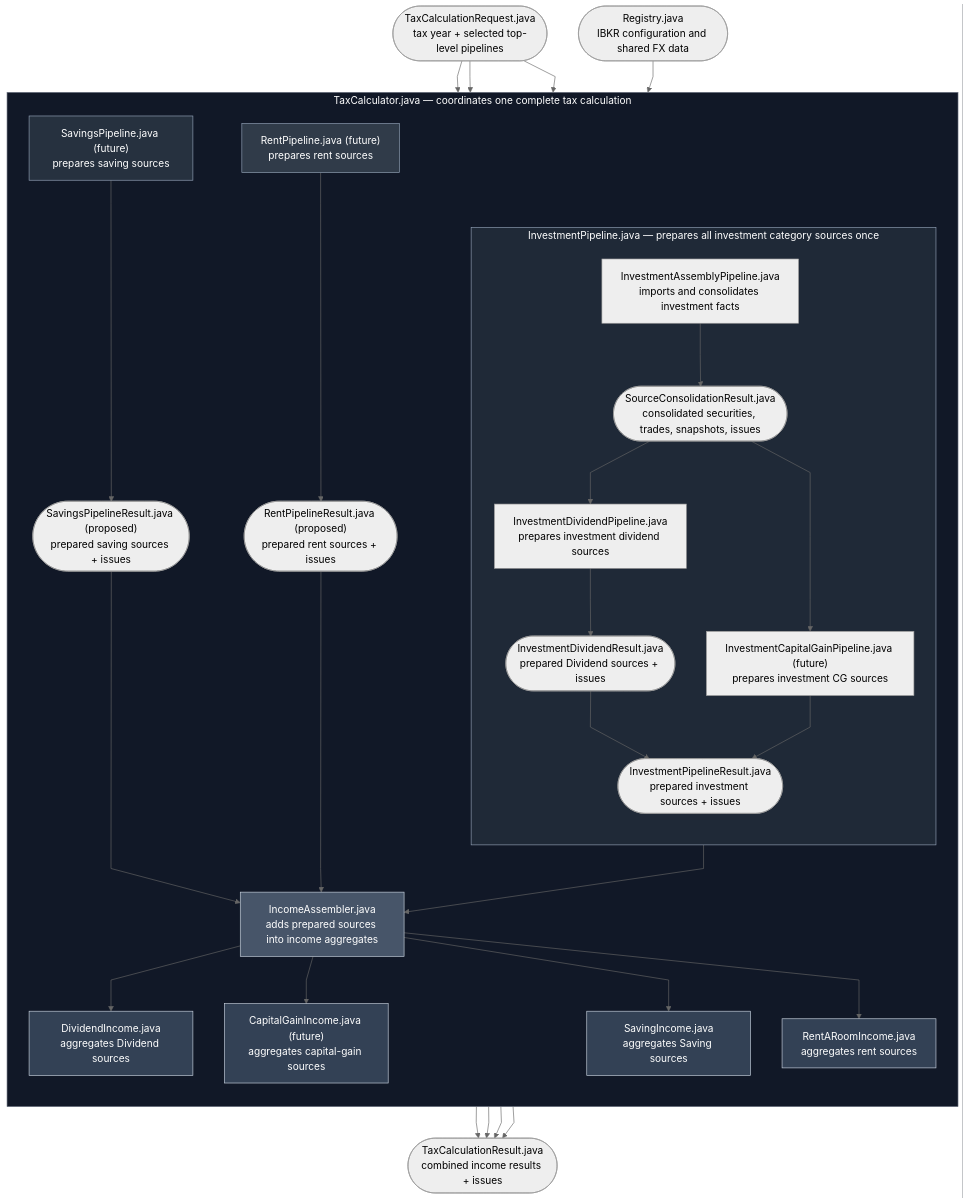
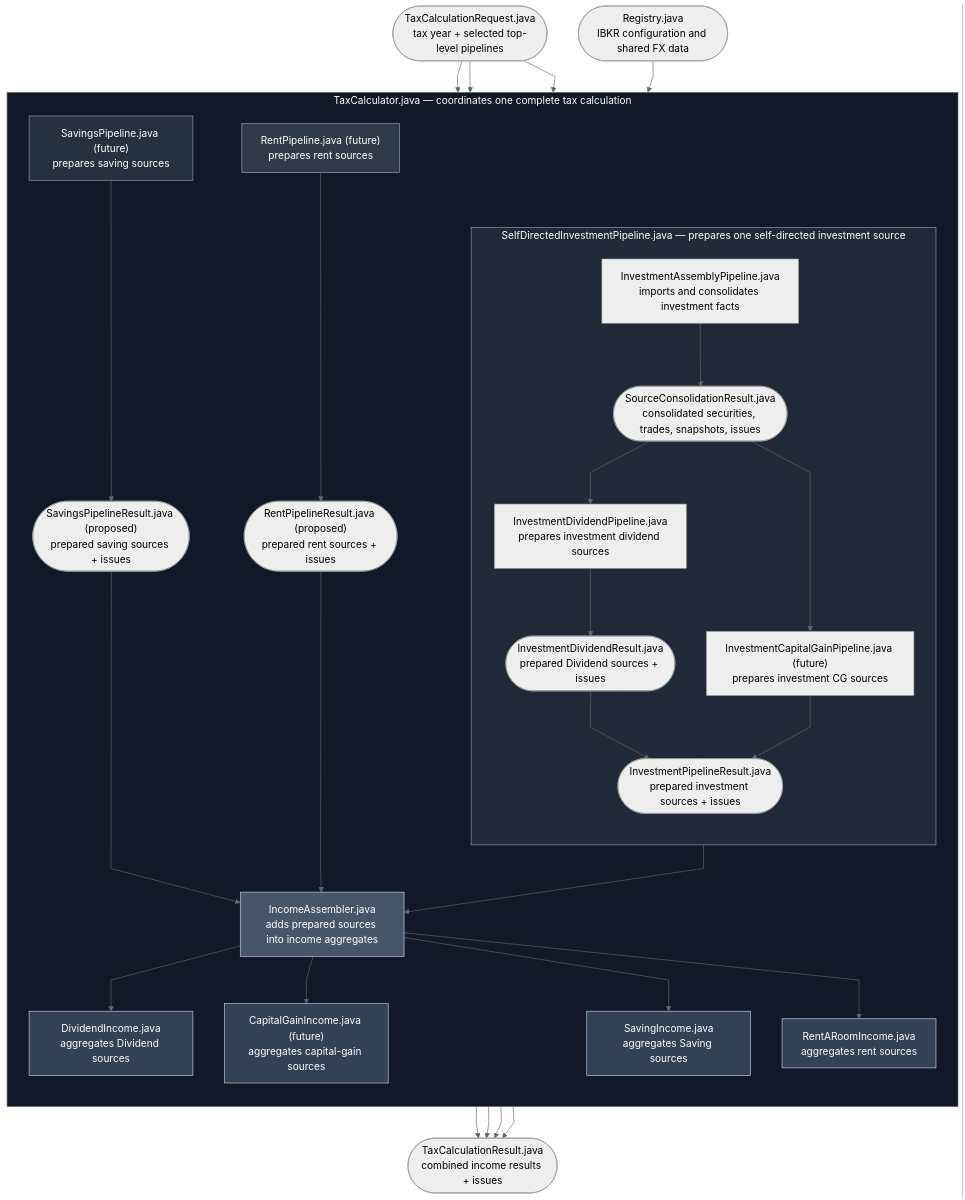
The first of 2 diagrams in openspec/changes/acwi-dividend-run/design.md (ChloeYiu/Self-Assessment-Helper), drawn with Mermaid (neutral theme) before and after one commit. The commit also changed other lines of this file and 4 other files, not shown here.

Commit message:
Rename self-directed investment pipeline

````diff
--- a/openspec/changes/acwi-dividend-run/design.md
+++ b/openspec/changes/acwi-dividend-run/design.md
@@ -21,69 +21,69 @@
 ```mermaid
 %%{init: {"flowchart": {"curve": "linear"}} }%%
 flowchart TD
     Request(["TaxCalculationRequest.java<br/>tax year + selected top-level pipelines"])
     Registry(["Registry.java<br/>IBKR configuration and shared FX data"])
 
     subgraph TaxCalculator["TaxCalculator.java — coordinates one complete tax calculation"]
         direction TB
-        subgraph Investment["InvestmentPipeline.java — prepares all investment category sources once"]
+        subgraph Investment["SelfDirectedInvestmentPipeline.java — prepares one self-directed investment source"]
             direction TB
             Assembly["InvestmentAssemblyPipeline.java<br/>imports and consolidates investment facts"]
             Sources(["SourceConsolidationResult.java<br/>consolidated securities, trades, snapshots, issues"])
             DividendPipeline["InvestmentDividendPipeline.java<br/>prepares investment dividend sources"]
             DividendResult(["InvestmentDividendResult.java<br/>prepared Dividend sources + issues"])
             CapitalGainPipeline["InvestmentCapitalGainPipeline.java (future)<br/>prepares investment CG sources"]
             InvestmentResult(["InvestmentPipelineResult.java<br/>prepared investment sources + issues"])
 
             Assembly --> Sources
             Sources --> DividendPipeline
             DividendPipeline --> DividendResult
             DividendResult --> InvestmentResult
             Sources --> CapitalGainPipeline
             CapitalGainPipeline --> InvestmentResult
         end
 
         Savings["SavingsPipeline.java (future)<br/>prepares saving sources"]
         SavingsResult(["SavingsPipelineResult.java (proposed)<br/>prepared saving sources + issues"])
         Rent["RentPipeline.java (future)<br/>prepares rent sources"]
         RentResult(["RentPipelineResult.java (proposed)<br/>prepared rent sources + issues"])
 
         IncomeAssembler["IncomeAssembler.java<br/>adds prepared sources into income aggregates"]
         DividendIncome["DividendIncome.java<br/>aggregates Dividend sources"]
         CapitalGainIncome["CapitalGainIncome.java (future)<br/>aggregates capital-gain sources"]
         SavingIncome["SavingIncome.java<br/>aggregates Saving sources"]
         RentIncome["RentARoomIncome.java<br/>aggregates rent sources"]
 
         Savings --> SavingsResult
         Rent --> RentResult
         InvestmentResult --> IncomeAssembler
         SavingsResult --> IncomeAssembler
         RentResult --> IncomeAssembler
         IncomeAssembler --> DividendIncome
         IncomeAssembler --> CapitalGainIncome
         IncomeAssembler --> SavingIncome
         IncomeAssembler --> RentIncome
     end
 
     Result(["TaxCalculationResult.java<br/>combined income results + issues"])
 
     Request --> Investment
     Registry --> Investment
     Request --> Savings
     Request --> Rent
     DividendIncome --> Result
     CapitalGainIncome --> Result
     SavingIncome --> Result
     RentIncome --> Result
 
     style TaxCalculator fill:#111827,stroke:#6b7280,color:#ffffff
     style Investment fill:#1f2937,stroke:#94a3b8,color:#ffffff
     style Savings fill:#26313f,stroke:#94a3b8,color:#ffffff
     style Rent fill:#303b49,stroke:#94a3b8,color:#ffffff
     style IncomeAssembler fill:#475569,stroke:#cbd5e1,color:#ffffff
     style DividendIncome fill:#334155,stroke:#cbd5e1,color:#ffffff
     style CapitalGainIncome fill:#334155,stroke:#cbd5e1,color:#ffffff
     style SavingIncome fill:#334155,stroke:#cbd5e1,color:#ffffff
     style RentIncome fill:#334155,stroke:#cbd5e1,color:#ffffff
 
 ```
````
